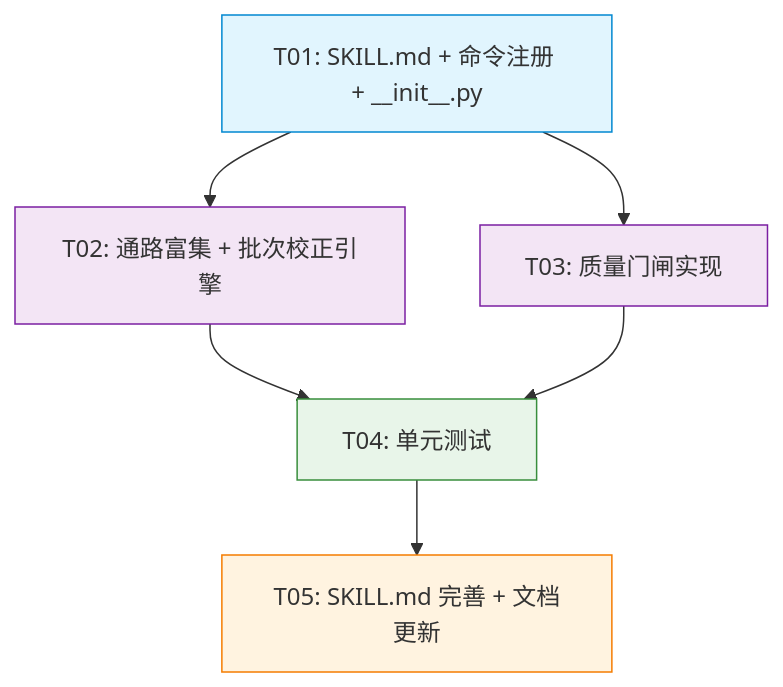
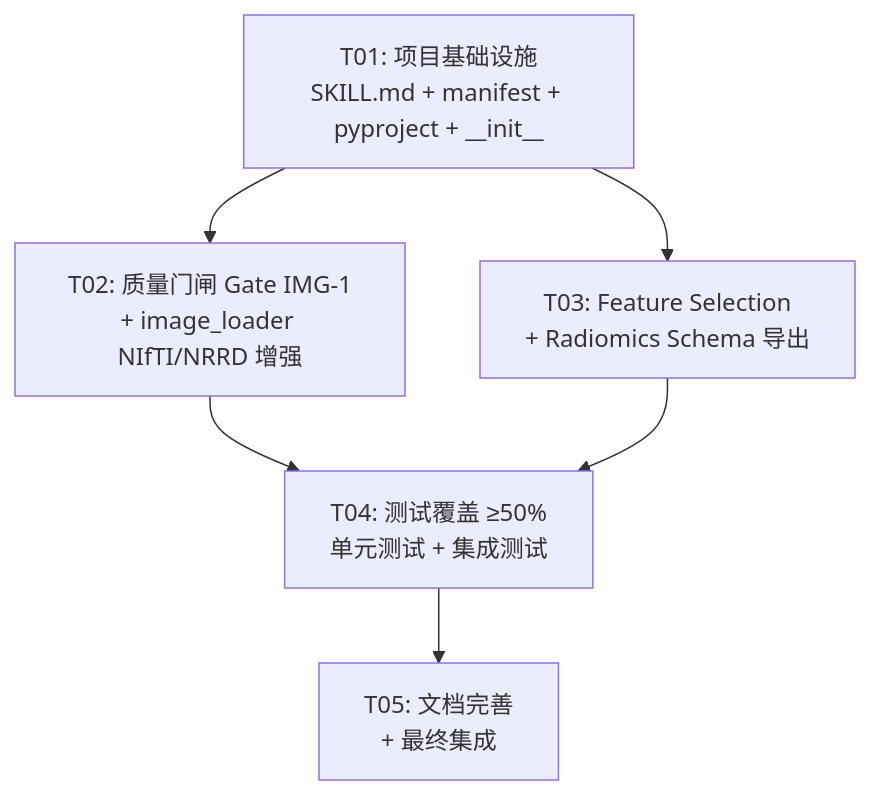
The third of 3 diagrams in docs/system_design.md (boangus/medical-stats-research-assistant-for-claude-code), drawn with Mermaid before and after one commit. The commit also changed other lines of this file and 3 other files, not shown here.

Commit message:
docs: update system design for medical imaging module (architect output)

````diff
--- a/docs/system_design.md
+++ b/docs/system_design.md
@@ -671,14 +423,14 @@
 ```mermaid
 graph TD
-    T01[T01: SKILL.md + 命令注册 + __init__.py] --> T02[T02: 通路富集 + 批次校正引擎]
-    T01 --> T03[T03: 质量门闸实现]
-    T02 --> T04[T04: 单元测试]
+    T01[T01: 项目基础设施<br/>SKILL.md + manifest + pyproject + __init__]
+    T02[T02: 质量门闸 Gate IMG-1<br/>+ image_loader NIfTI/NRRD 增强]
+    T03[T03: Feature Selection<br/>+ Radiomics Schema 导出]
+    T04[T04: 测试覆盖 ≥50%<br/>单元测试 + 集成测试]
+    T05[T05: 文档完善<br/>+ 最终集成]
+
+    T01 --> T02
+    T01 --> T03
+    T02 --> T04
     T03 --> T04
-    T04 --> T05[T05: SKILL.md 完善 + 文档更新]
-    
-    style T01 fill:#e1f5fe,stroke:#0288d1
-    style T02 fill:#f3e5f5,stroke:#7b1fa2
-    style T03 fill:#f3e5f5,stroke:#7b1fa2
-    style T04 fill:#e8f5e9,stroke:#388e3c
-    style T05 fill:#fff3e0,stroke:#f57c00
+    T04 --> T05
 ```
````
